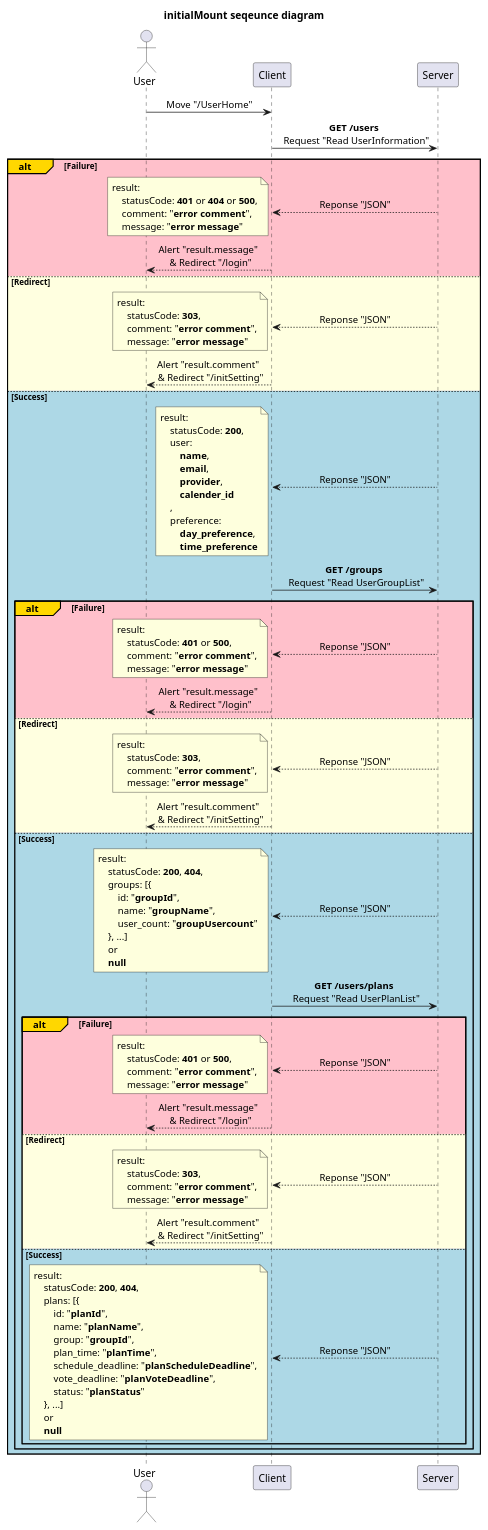
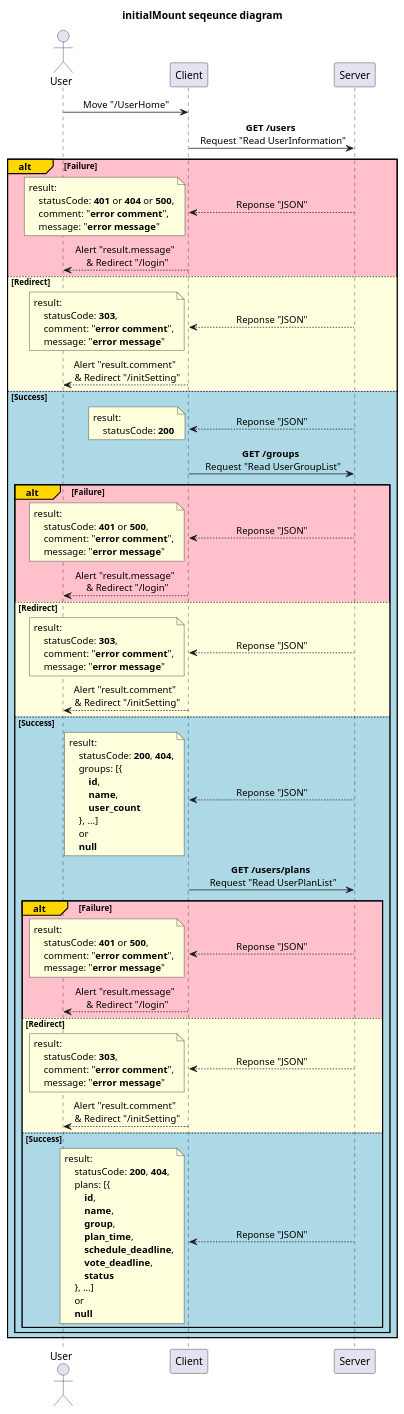
One commit to devSeungBin/SSCS changed the diagram in diagram/userHome_page/initialMount.puml. Above: the diagram before and after it, drawn with PlantUML. The commit also changed 22 other files, not shown here.

```diff
--- a/diagram/userHome_page/initialMount.puml
+++ b/diagram/userHome_page/initialMount.puml
@@ -1,136 +1,127 @@
 @startuml initialMount
 'http://localhost:3000/userHome
 
 title initialMount seqeunce diagram
 
 skinparam SequenceMessageAlignment center
 
 participant Server order 30
 participant Client order 20
 actor User order 10
 
 User -> Client: Move "/UserHome"
 
 Client -> Server: **GET /users** \n Request "Read UserInformation"
 
 alt#Gold #Pink Failure
     Client <-- Server: Reponse "JSON"
     note left
         result:
             statusCode: **401** or **404** or **500**,
             comment: "**error comment**",
             message: "**error message**"
     end note
     User <-- Client: Alert "result.message" \n & Redirect "/login"
 
 else #LightYellow Redirect
     Client <-- Server: Reponse "JSON"
     note left
         result:
             statusCode: **303**,
             comment: "**error comment**",
             message: "**error message**"
     end note
     User <-- Client: Alert "result.comment" \n & Redirect "/initSetting"
 
 else #LightBlue Success
     Client <-- Server: Reponse "JSON"
     note left
         result:
-            statusCode: **200**,
-            user:
-                **name**,
-                **email**,
-                **provider**,
-                **calender_id**
-            ,
-            preference:
-                **day_preference**,
-                **time_preference**
+            statusCode: **200**
     end note
 
     Client -> Server: **GET /groups** \n Request "Read UserGroupList"
 
     alt#Gold #Pink Failure
     Client <-- Server: Reponse "JSON"
     note left
         result:
             statusCode: **401** or **500**,
             comment: "**error comment**",
             message: "**error message**"
     end note
     User <-- Client: Alert "result.message" \n & Redirect "/login"
 
     else #LightYellow Redirect
         Client <-- Server: Reponse "JSON"
         note left
             result:
                 statusCode: **303**,
                 comment: "**error comment**",
                 message: "**error message**"
         end note
         User <-- Client: Alert "result.comment" \n & Redirect "/initSetting"
 
     else #LightBlue Success
         Client <-- Server: Reponse "JSON"
         note left
             result:
                 statusCode: **200**, **404**,
                 groups: [{
-                    id: "**groupId**",
-                    name: "**groupName**",
-                    user_count: "**groupUsercount**"
+                    **id**,
+                    **name**,
+                    **user_count**
                 }, ...]
                 or
                 **null**
         end note
 
         Client -> Server: **GET /users/plans** \n Request "Read UserPlanList"
 
         alt#Gold #Pink Failure
         Client <-- Server: Reponse "JSON"
         note left
             result:
                 statusCode: **401** or **500**,
                 comment: "**error comment**",
                 message: "**error message**"
         end note
         User <-- Client: Alert "result.message" \n & Redirect "/login"
 
         else #LightYellow Redirect
             Client <-- Server: Reponse "JSON"
             note left
                 result:
                     statusCode: **303**,
                     comment: "**error comment**",
                     message: "**error message**"
             end note
             User <-- Client: Alert "result.comment" \n & Redirect "/initSetting"
 
         else #LightBlue Success
             Client <-- Server: Reponse "JSON"
             note left
                 result:
                     statusCode: **200**, **404**,
                     plans: [{
-                        id: "**planId**",
-                        name: "**planName**",
-                        group: "**groupId**",
-                        plan_time: "**planTime**",
-                        schedule_deadline: "**planScheduleDeadline**",
-                        vote_deadline: "**planVoteDeadline**",
-                        status: "**planStatus**"
+                        **id**,
+                        **name**,
+                        **group**,
+                        **plan_time**,
+                        **schedule_deadline**,
+                        **vote_deadline**,
+                        **status**
                     }, ...]
                     or
                     **null**
             end note
 
         end
 
     end
 
 end
 
 
 
 @enduml
```
